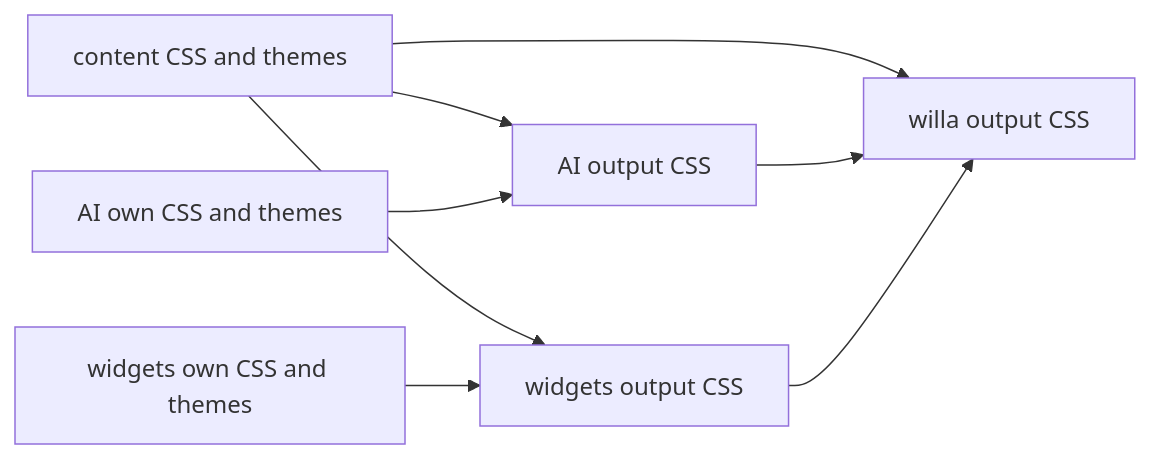
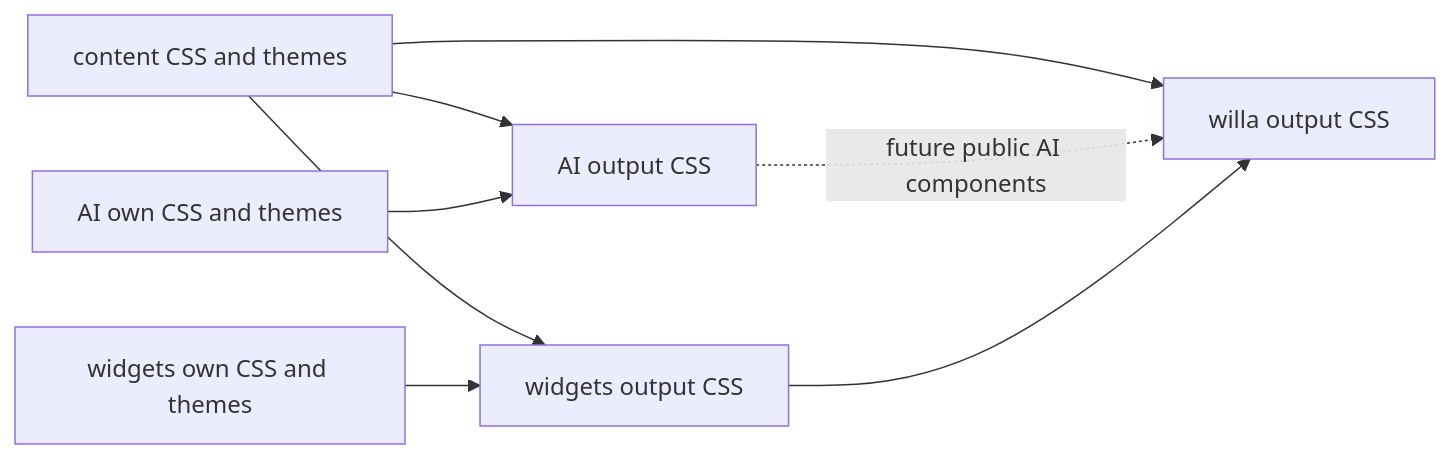
One commit to imtaotao/willa changed the third of 4 diagrams in docs/architecture.md. Above: the diagram before and after it, drawn with Mermaid. The commit also changed other lines of this file and 30 other files, not shown here.

````diff
--- a/docs/architecture.md
+++ b/docs/architecture.md
@@ -205,17 +209,17 @@
 ```mermaid
 flowchart LR
   contentCss["content CSS and themes"]
   aiOwn["AI own CSS and themes"]
   aiCss["AI output CSS"]
   widgetsOwn["widgets own CSS and themes"]
   widgetsCss["widgets output CSS"]
   willaCss["willa output CSS"]
 
   contentCss --> aiCss
   aiOwn --> aiCss
   contentCss --> widgetsCss
   widgetsOwn --> widgetsCss
   contentCss --> willaCss
-  aiCss --> willaCss
+  aiCss -. future public AI components .-> willaCss
   widgetsCss --> willaCss
 ```
````
